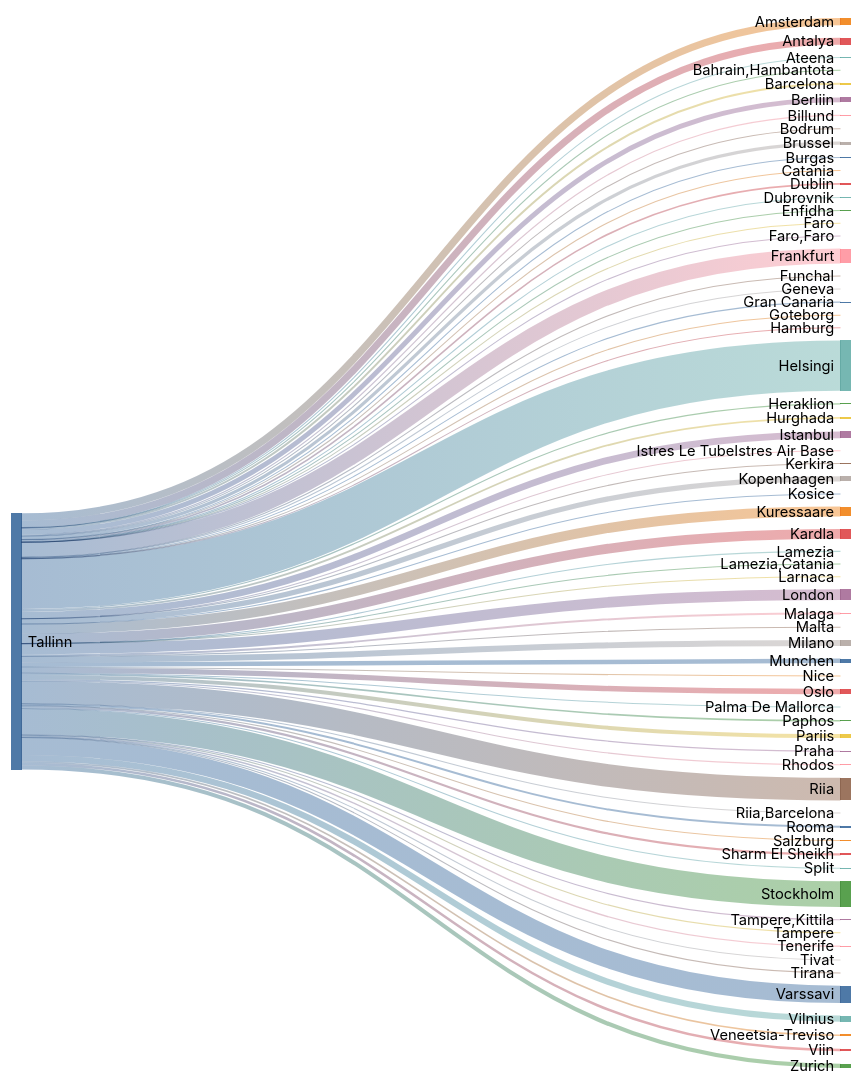
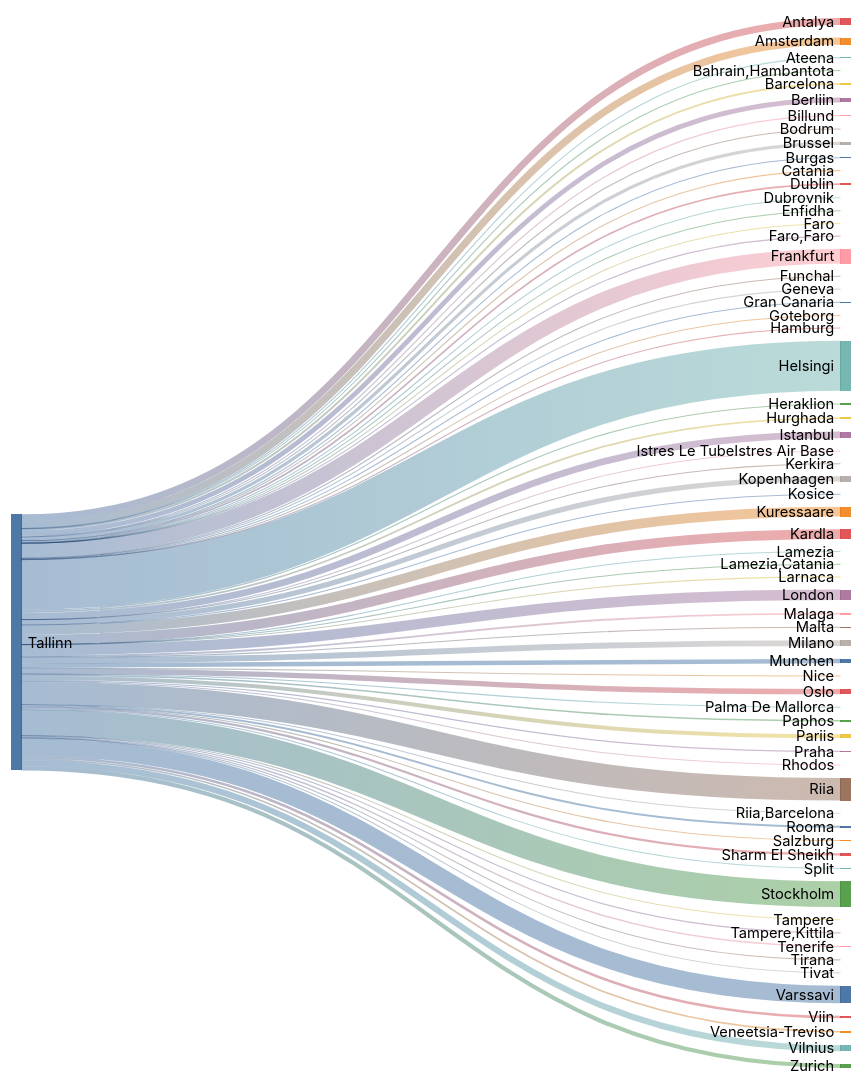
The second of 2 diagrams in README.md (rainermesi/tll-airport-departures), drawn with Mermaid (neutral theme) before and after one commit. The commit also changed other lines of this file, not shown here.

````diff
--- a/README.md
+++ b/README.md
@@ -34,77 +34,77 @@
 ```mermaid
 ---
 config:
   sankey:
     showValues: false
     width: 800
     height: 1000
 ---
 sankey-beta
 %% source,target,value
-Tallinn,Amsterdam,293
-Tallinn,Antalya,282
+Tallinn,Amsterdam,295
+Tallinn,Antalya,283
 Tallinn,Ateena,16
 Tallinn,"Bahrain,Hambantota",1
-Tallinn,Barcelona,79
-Tallinn,Berliin,197
+Tallinn,Barcelona,80
+Tallinn,Berliin,198
 Tallinn,Billund,49
 Tallinn,Bodrum,11
-Tallinn,Brussel,131
+Tallinn,Brussel,132
 Tallinn,Burgas,21
 Tallinn,Catania,2
-Tallinn,Dublin,67
+Tallinn,Dublin,68
 Tallinn,Dubrovnik,21
 Tallinn,Enfidha,7
 Tallinn,Faro,4
 Tallinn,"Faro,Faro",1
-Tallinn,Frankfurt,608
+Tallinn,Frankfurt,611
 Tallinn,Funchal,5
 Tallinn,Geneva,13
 Tallinn,Gran Canaria,38
 Tallinn,Goteborg,1
 Tallinn,Hamburg,2
-Tallinn,Helsingi,2049
+Tallinn,Helsingi,2056
 Tallinn,Heraklion,46
 Tallinn,Hurghada,75
-Tallinn,Istanbul,276
+Tallinn,Istanbul,278
 Tallinn,Istres Le TubeIstres Air Base,2
 Tallinn,Kerkira,4
-Tallinn,Kopenhaagen,214
+Tallinn,Kopenhaagen,215
 Tallinn,Kosice,1
-Tallinn,Kuressaare,399
-Tallinn,Kardla,399
+Tallinn,Kuressaare,401
+Tallinn,Kardla,401
 Tallinn,Lamezia,1
 Tallinn,"Lamezia,Catania",3
 Tallinn,Larnaca,4
 Tallinn,London,430
 Tallinn,Malaga,79
 Tallinn,Malta,15
-Tallinn,Milano,244
+Tallinn,Milano,245
 Tallinn,Munchen,183
 Tallinn,Nice,25
-Tallinn,Oslo,218
+Tallinn,Oslo,219
 Tallinn,Palma De Mallorca,19
-Tallinn,Paphos,65
-Tallinn,Pariis,162
+Tallinn,Paphos,66
+Tallinn,Pariis,163
 Tallinn,Praha,49
 Tallinn,Rhodos,32
-Tallinn,Riia,924
+Tallinn,Riia,928
 Tallinn,"Riia,Barcelona",1
 Tallinn,Rooma,80
 Tallinn,Salzburg,14
-Tallinn,Sharm El Sheikh,90
+Tallinn,Sharm El Sheikh,91
 Tallinn,Split,25
-Tallinn,Stockholm,1047
+Tallinn,Stockholm,1052
 Tallinn,Tampere,17
 Tallinn,"Tampere,Kittila",21
-Tallinn,Tenerife,57
+Tallinn,Tenerife,58
 Tallinn,Tirana,8
 Tallinn,Tivat,26
-Tallinn,Varssavi,709
+Tallinn,Varssavi,712
 Tallinn,Veneetsia-Treviso,67
-Tallinn,Viin,105
-Tallinn,Vilnius,252
-Tallinn,Zurich,169
+Tallinn,Viin,106
+Tallinn,Vilnius,253
+Tallinn,Zurich,170
 
 
 ```
````
